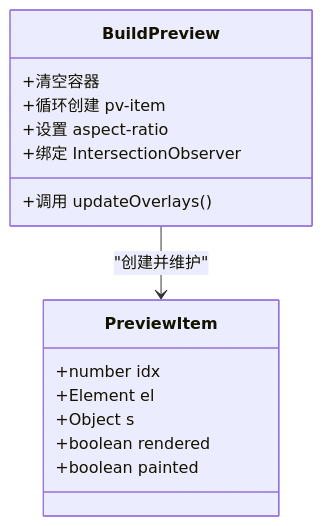
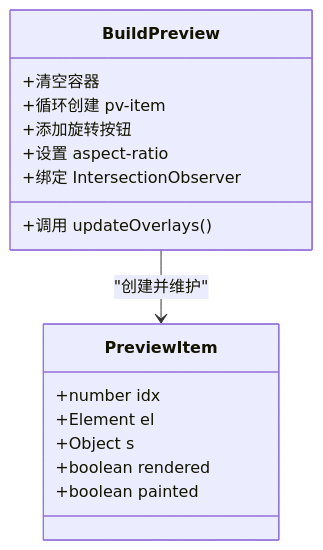
The seventh of 10 diagrams in .qoder/repowiki/zh/content/Web应用架构/PDF处理引擎/预览渲染系统.md (wzh8080/PDFTools), drawn with Mermaid before and after one commit. The commit also changed other lines of this file and 30 other files, not shown here.

````diff
--- a/.qoder/repowiki/zh/content/Web应用架构/PDF处理引擎/预览渲染系统.md
+++ b/.qoder/repowiki/zh/content/Web应用架构/PDF处理引擎/预览渲染系统.md
@@ -201,18 +263,19 @@
 ```mermaid
 classDiagram
 class PreviewItem {
 +number idx
 +Element el
 +Object s
 +boolean rendered
 +boolean painted
 }
 class BuildPreview {
 +清空容器
 +循环创建 pv-item
++添加旋转按钮
 +设置 aspect-ratio
 +调用 updateOverlays()
 +绑定 IntersectionObserver
 }
 BuildPreview --> PreviewItem : "创建并维护"
 ```
````
